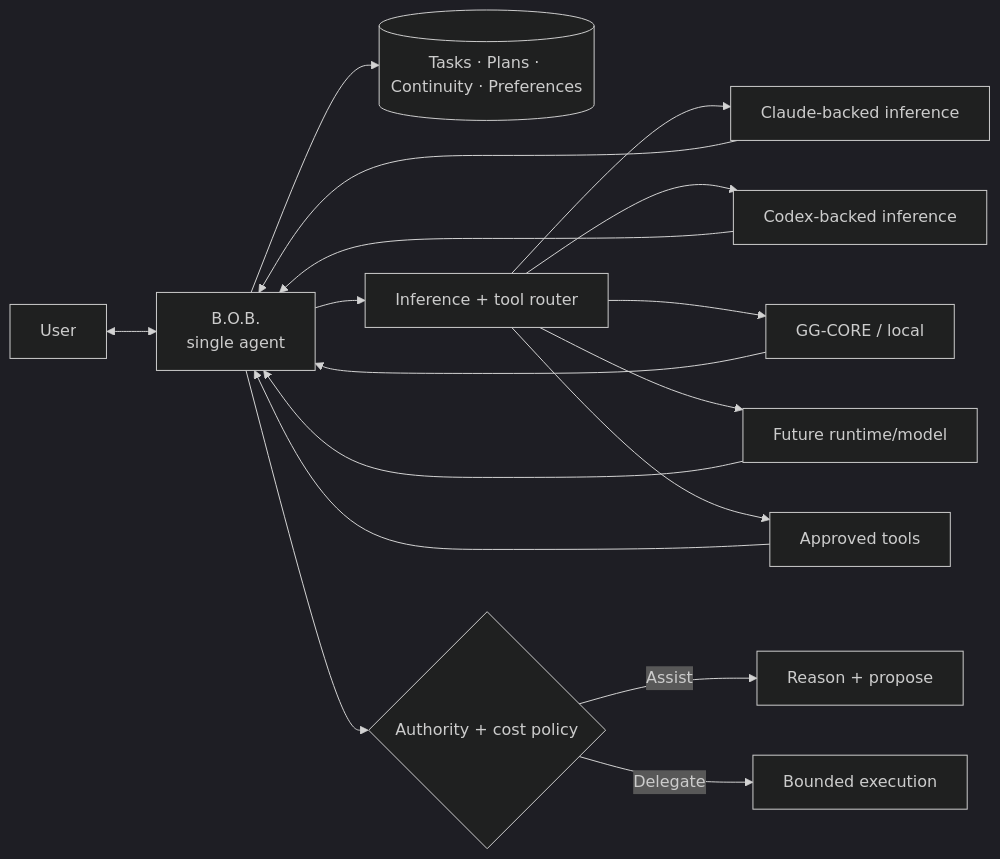
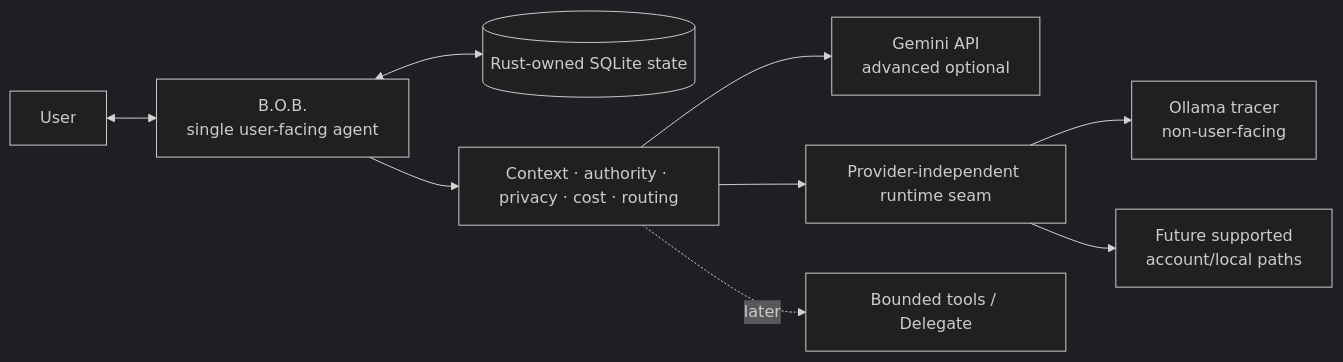
The second of 2 diagrams in docs/README.md (Knapp-Kevin/BOB), drawn with Mermaid (dark theme) before and after one commit. The commit also changed other lines of this file and 11 other files, not shown here.

````diff
--- a/docs/README.md
+++ b/docs/README.md
@@ -68,22 +70,12 @@
 ```mermaid
 flowchart LR
-    USER[User] <--> BOB[B.O.B.<br/>single agent]
-    BOB --> WORK[(Tasks · Plans · Continuity · Preferences)]
-    BOB --> ROUTER[Inference + tool router]
+    USER[User] <--> BOB[B.O.B.<br/>single user-facing agent]
+    BOB <--> STATE[(Rust-owned SQLite state)]
+    BOB --> POLICY[Context · authority · privacy · cost · routing]
 
-    ROUTER --> CLAUDE[Claude-backed inference]
-    ROUTER --> CODEX[Codex-backed inference]
-    ROUTER --> LOCAL[GG-CORE / local]
-    ROUTER --> FUTURE[Future runtime/model]
-    ROUTER --> TOOLS[Approved tools]
-
-    CLAUDE --> BOB
-    CODEX --> BOB
-    LOCAL --> BOB
-    FUTURE --> BOB
-    TOOLS --> BOB
-
-    BOB --> POLICY{Authority + cost policy}
-    POLICY -->|Assist| PROPOSE[Reason + propose]
-    POLICY -->|Delegate| BOUNDED[Bounded execution]
+    POLICY --> GEMINI[Gemini API<br/>advanced optional]
+    POLICY --> RUNTIME[Provider-independent runtime seam]
+    RUNTIME --> OLLAMA[Ollama tracer<br/>non-user-facing]
+    RUNTIME --> FUTURE[Future supported<br/>account/local paths]
+    POLICY -. later .-> TOOLS[Bounded tools / Delegate]
 ```
````
